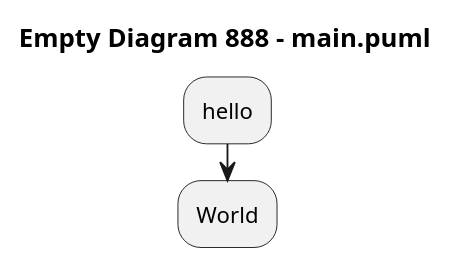
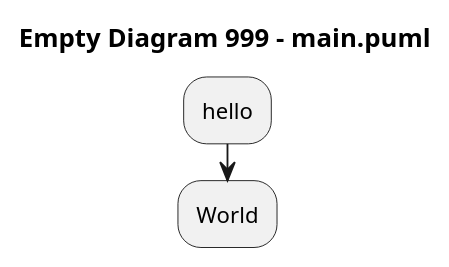
Before and after one commit to arwenvaughan/test1: the diagram in main.puml, drawn with PlantUML.

Commit message:
PlantText Commit: sdfasdf.

```diff
--- a/main.puml
+++ b/main.puml
@@ -1,7 +1,7 @@
 @startuml
 
-title Empty Diagram 888 - main.puml
+title Empty Diagram 999 - main.puml
 :hello;
 :World;
 
 @enduml
```
